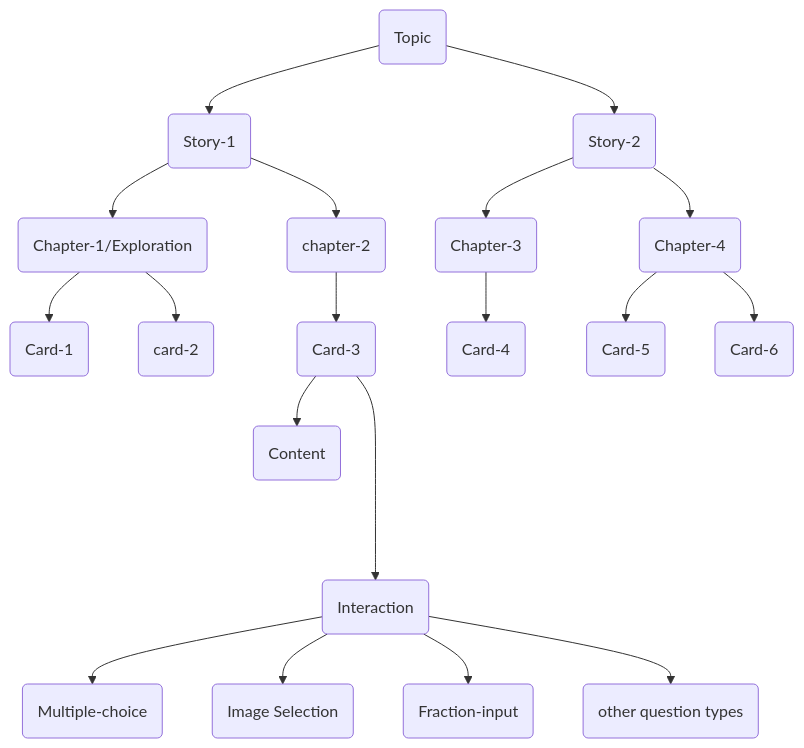
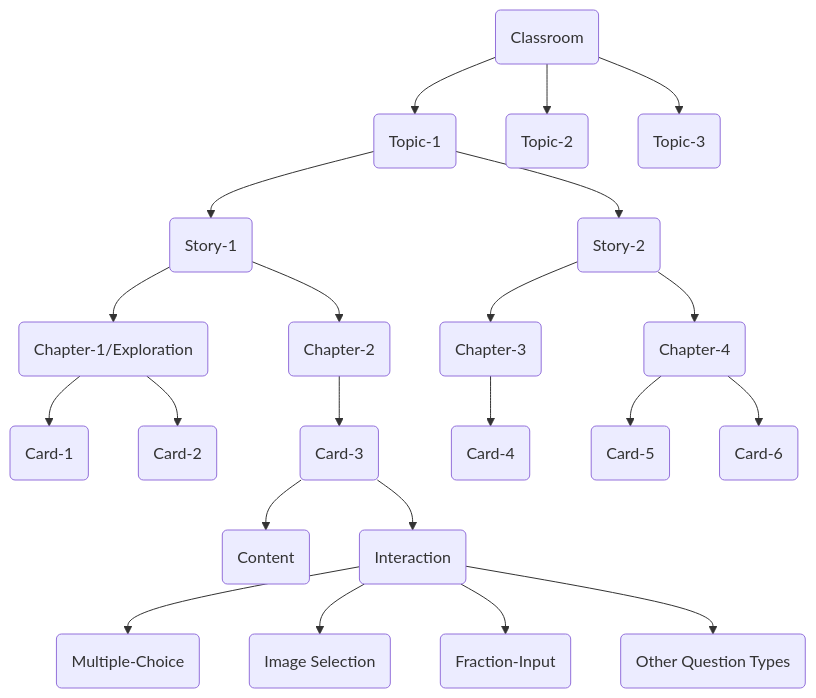
One commit to oppia/oppia-web-developer-docs changed the diagram in How-to-access-Oppia-webpages.md. Above: the diagram before and after it, drawn with Mermaid. The commit also changed other lines of this file and 126 other files, not shown here.

````diff
--- a/How-to-access-Oppia-webpages.md
+++ b/How-to-access-Oppia-webpages.md
@@ -51,21 +98,24 @@
 ```mermaid
 flowchart TD
-T("Topic") --> S1("Story-1")
-T --> S2("Story-2")
+C("Classroom") --> T1("Topic-1")
+C --> T2("Topic-2")
+C --> T3("Topic-3")
+T1 --> S1("Story-1")
+T1 --> S2("Story-2")
 S1 --> C1("Chapter-1/Exploration")
 C1 --> c1("Card-1")
-C1 --> c2("card-2")
-S1 --> C2("chapter-2")
+C1 --> c2("Card-2")
+S1 --> C2("Chapter-2")
 C2 --> c3("Card-3")
 c3 --> co("Content")
-c3 ----> in("Interaction")
-in --> mc("Multiple-choice")
+c3 --> in("Interaction")
+in --> mc("Multiple-Choice")
 in --> is("Image Selection")
-in --> fi("Fraction-input")
-in --> oqt("other question types")
+in --> fi("Fraction-Input")
+in --> oqt("Other Question Types")
 S2 --> C3("Chapter-3")
 S2 --> C4("Chapter-4")
 C3 --> c4("Card-4")
 C4 --> c5("Card-5")
 C4 --> c6("Card-6")
 ```
````
